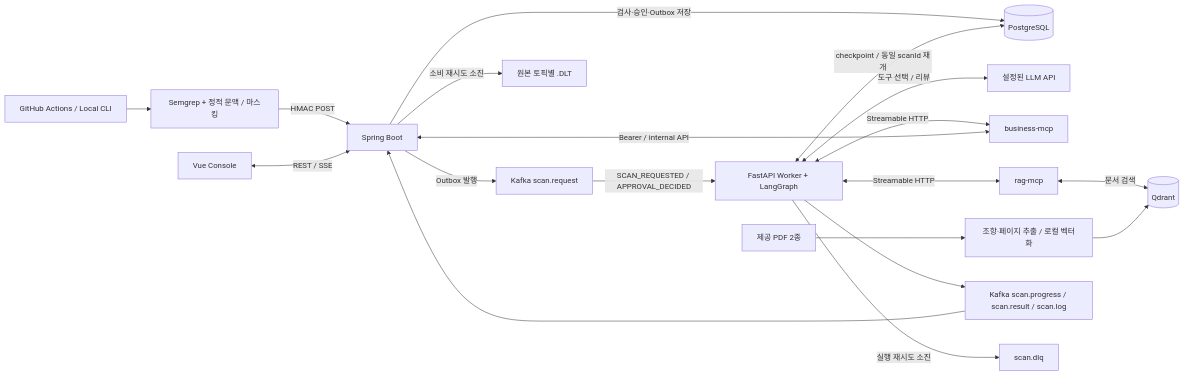
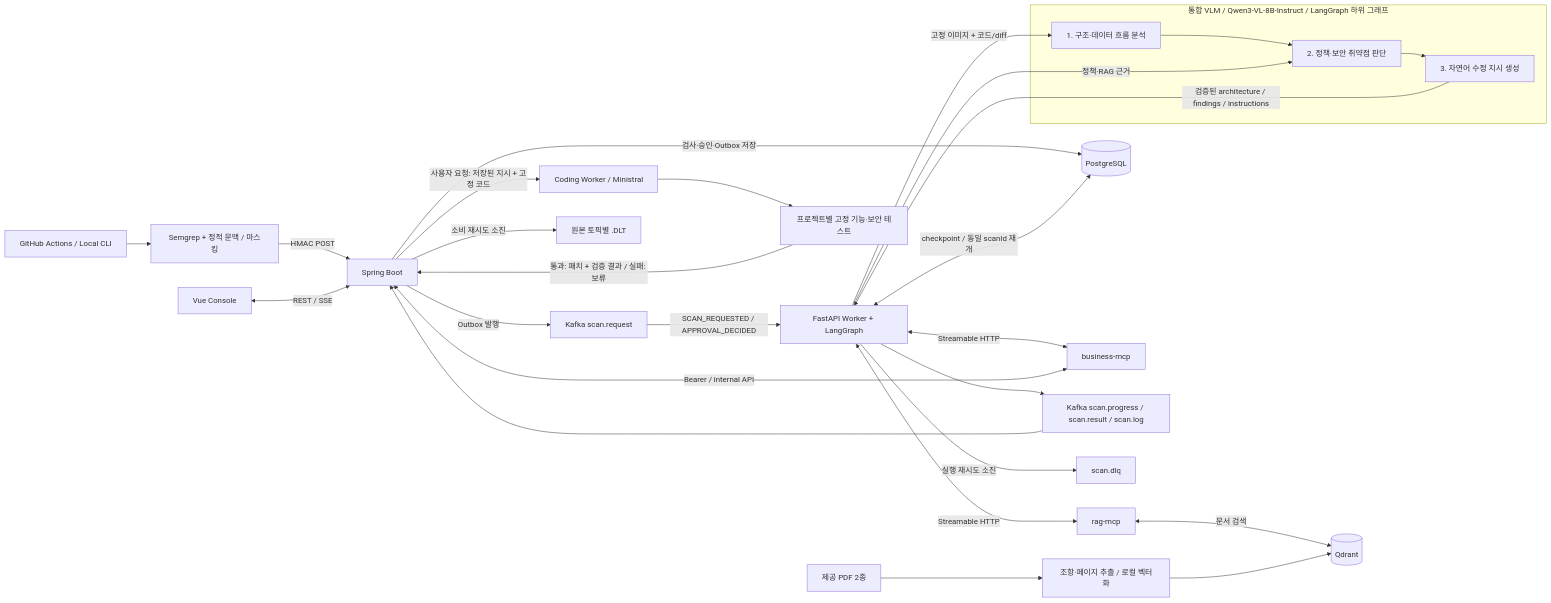
Before and after one commit to ymj9608/csi: the diagram in README.md, drawn with Mermaid. The commit also changed other lines of this file and 43 other files, not shown here.

Commit message:
feat: integrate staged VLM analysis and reuse coding instructions

````diff
--- a/README.md
+++ b/README.md
@@ -266,21 +281,30 @@
 ```mermaid
 flowchart LR
   Trigger["GitHub Actions / Local CLI"] --> Scanner["Semgrep + 정적 문맥 / 마스킹"]
   Scanner -->|"HMAC POST"| API["Spring Boot"]
   UI["Vue Console"] <-->|"REST / SSE"| API
   API -->|"검사·승인·Outbox 저장"| DB[("PostgreSQL")]
   API -->|"Outbox 발행"| Request["Kafka scan.request"]
   Request -->|"SCAN_REQUESTED / APPROVAL_DECIDED"| Agent["FastAPI Worker + LangGraph"]
-  Agent <-->|"도구 선택 / 리뷰"| LLM["설정된 LLM API"]
+  Agent -->|"고정 이미지 + 코드/diff"| V1
+  subgraph VLM["통합 VLM / Qwen3-VL-8B-Instruct / LangGraph 하위 그래프"]
+    V1["1. 구조·데이터 흐름 분석"] --> V2["2. 정책·보안 취약점 판단"]
+    V2 --> V3["3. 자연어 수정 지시 생성"]
+  end
+  Agent -->|"정책·RAG 근거"| V2
+  V3 -->|"검증된 architecture / findings / instructions"| Agent
+  API -->|"사용자 요청: 저장된 지시 + 고정 코드"| Coder["Coding Worker / Ministral"]
+  Coder --> Tests["프로젝트별 고정 기능·보안 테스트"]
+  Tests -->|"통과: 패치 + 검증 결과 / 실패: 보류"| API
   Agent <-->|"Streamable HTTP"| Business["business-mcp"]
   Business <-->|"Bearer / internal API"| API
   Agent <-->|"Streamable HTTP"| RAG["rag-mcp"]
   RAG <-->|"문서 검색"| Vector[("Qdrant")]
   PDF["제공 PDF 2종"] --> Index["조항·페이지 추출 / 로컬 벡터화"]
   Index --> Vector
   Agent <-->|"checkpoint / 동일 scanId 재개"| DB
   Agent --> Result["Kafka scan.progress / scan.result / scan.log"]
   Result --> API
   Agent -->|"실행 재시도 소진"| DLQ["scan.dlq"]
   API -->|"소비 재시도 소진"| DLT["원본 토픽별 .DLT"]
 ```
````
